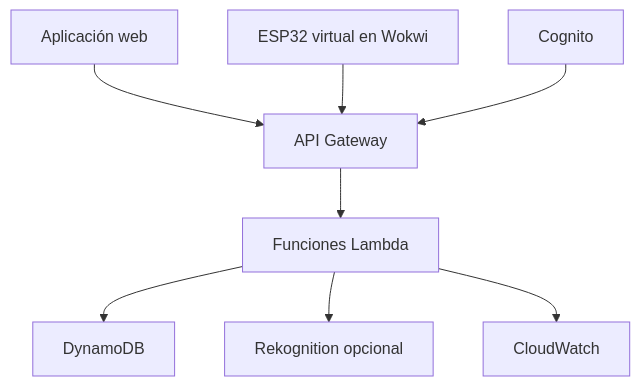
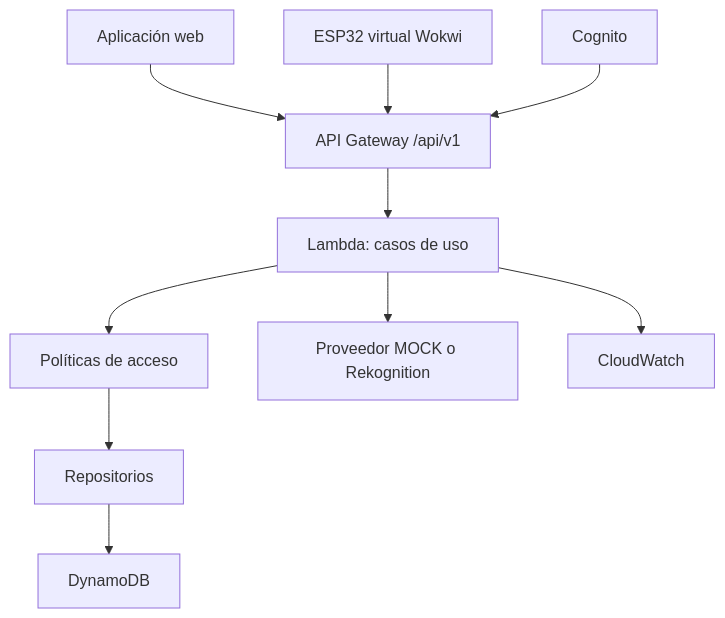
The diagram in docs/arquitectura.md (Aburahamu20/Project_You_shall_not_pass), drawn with Mermaid before and after one commit. The commit also changed other lines of this file and 13 other files, not shown here.

````diff
--- a/docs/arquitectura.md
+++ b/docs/arquitectura.md
@@ -9,10 +7,12 @@
 ```mermaid
 flowchart TD
-    WEB["Aplicación web"] --> API["API Gateway"]
-    WOK["ESP32 virtual en Wokwi"] --> API
-    API --> LAM["Funciones Lambda"]
-    LAM --> DB["DynamoDB"]
-    LAM --> REC["Rekognition opcional"]
+    WEB["Aplicación web"] --> API["API Gateway /api/v1"]
+    WOK["ESP32 virtual Wokwi"] --> API
+    API --> LAM["Lambda: casos de uso"]
+    LAM --> POL["Políticas de acceso"]
+    POL --> REP["Repositorios"]
+    REP --> DB["DynamoDB"]
+    LAM --> FAC["Proveedor MOCK o Rekognition"]
     COG["Cognito"] --> API
     LAM --> LOG["CloudWatch"]
 ```
````
